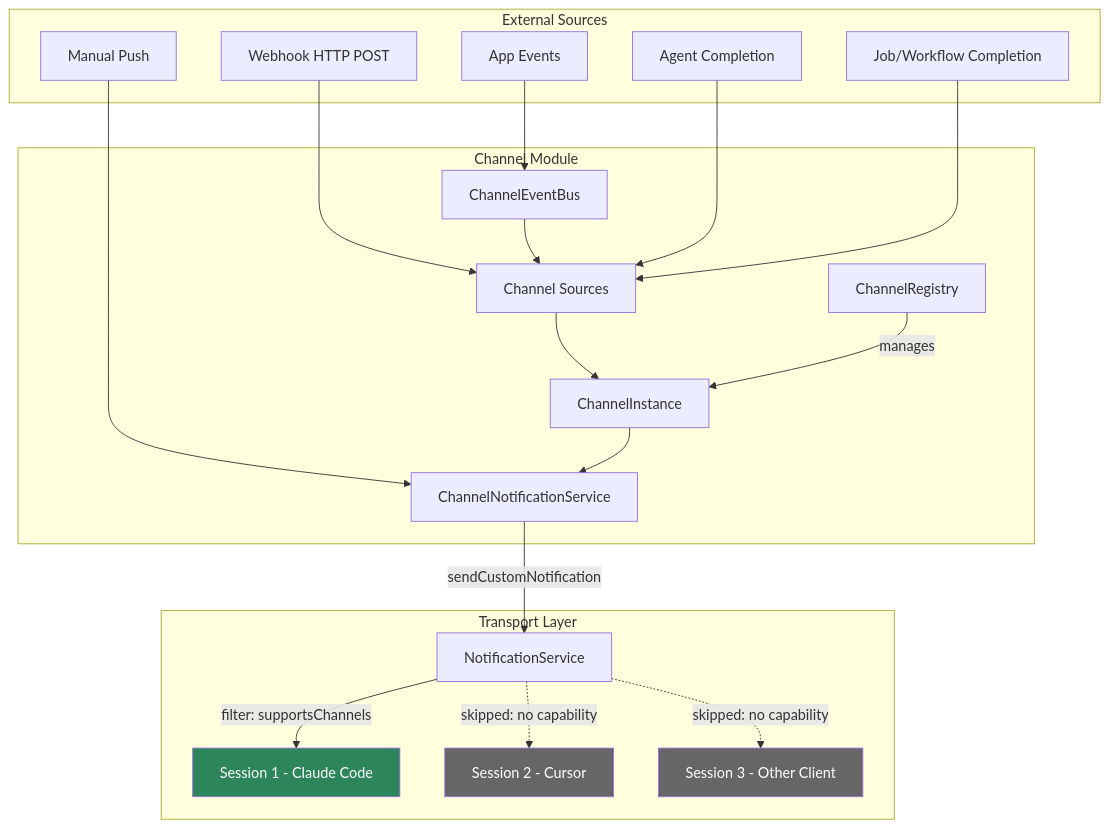
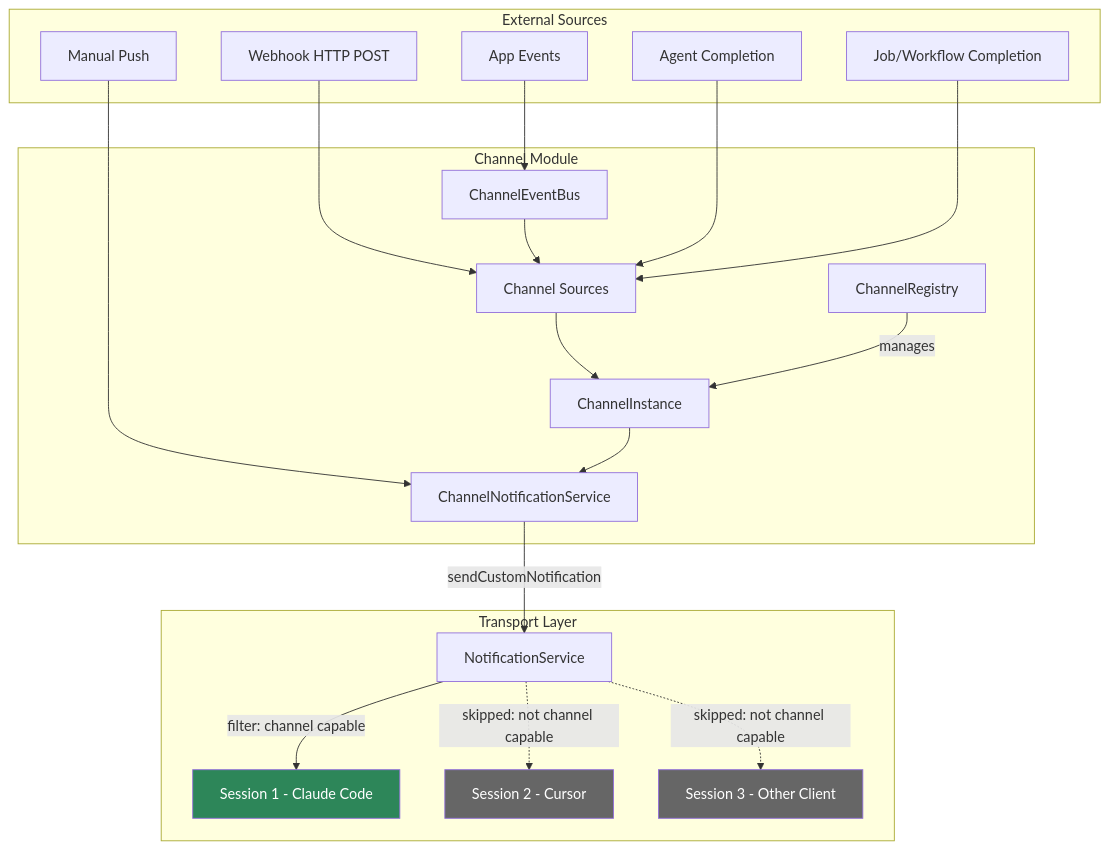
Before and after one commit to agentfront/frontmcp: the first of 7 diagrams in libs/sdk/src/channel/README.md, drawn with Mermaid. The commit also changed other lines of this file and 22 other files, not shown here.

````diff
--- a/libs/sdk/src/channel/README.md
+++ b/libs/sdk/src/channel/README.md
@@ -7,43 +7,43 @@
 ```mermaid
 graph TB
     subgraph "External Sources"
         WH[Webhook HTTP POST]
         AE[App Events]
         AC[Agent Completion]
         JC[Job/Workflow Completion]
         MN[Manual Push]
     end
 
     subgraph "Channel Module"
         CS[Channel Sources]
         CI[ChannelInstance]
         CR[ChannelRegistry]
         CNS[ChannelNotificationService]
         CEB[ChannelEventBus]
     end
 
     subgraph "Transport Layer"
         NS[NotificationService]
         SS1[Session 1 - Claude Code]
         SS2[Session 2 - Cursor]
         SS3[Session 3 - Other Client]
     end
 
     WH --> CS
     AE --> CEB --> CS
     AC --> CS
     JC --> CS
     MN --> CNS
 
     CS --> CI
     CI --> CNS
     CR -->|manages| CI
     CNS -->|sendCustomNotification| NS
-    NS -->|filter: supportsChannels| SS1
-    NS -.->|skipped: no capability| SS2
-    NS -.->|skipped: no capability| SS3
+    NS -->|filter: channel capable| SS1
+    NS -.->|skipped: not channel capable| SS2
+    NS -.->|skipped: not channel capable| SS3
 
     style SS1 fill:#2d8659,color:#fff
     style SS2 fill:#666,color:#fff
     style SS3 fill:#666,color:#fff
 ```
````
